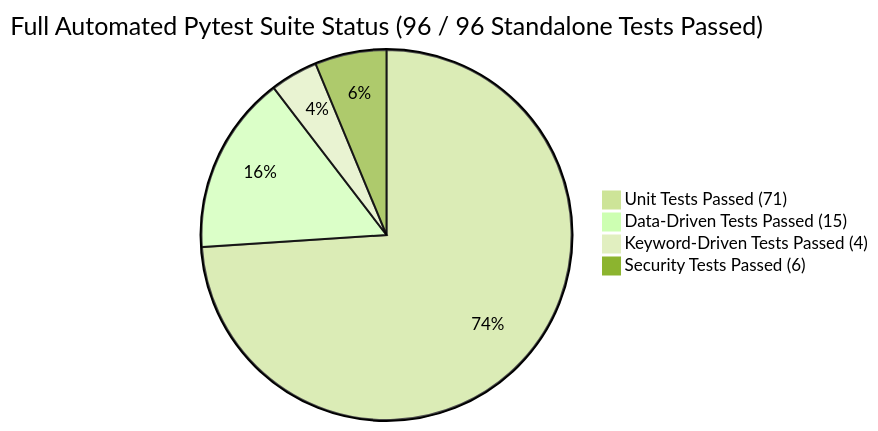
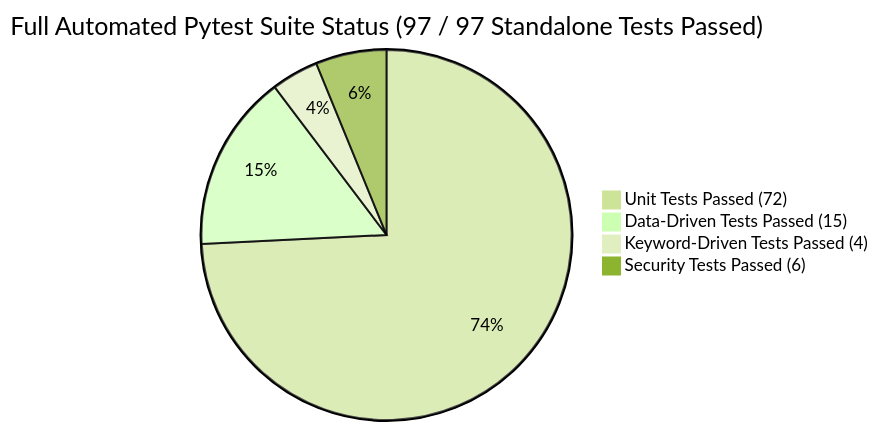
One commit to Meet-jethwa/Plant-Disease-Detection changed the first of 3 diagrams in test_result.md. Above: the diagram before and after it, drawn with Mermaid (forest theme). The commit also changed other lines of this file and 27 other files, not shown here.

````diff
--- a/test_result.md
+++ b/test_result.md
@@ -58,7 +58,7 @@
 ```mermaid
-pie title Full Automated Pytest Suite Status (96 / 96 Standalone Tests Passed)
-    "Unit Tests Passed (71)" : 71
+pie title Full Automated Pytest Suite Status (97 / 97 Standalone Tests Passed)
+    "Unit Tests Passed (72)" : 72
     "Data-Driven Tests Passed (15)" : 15
     "Keyword-Driven Tests Passed (4)" : 4
     "Security Tests Passed (6)" : 6
 ```
````
